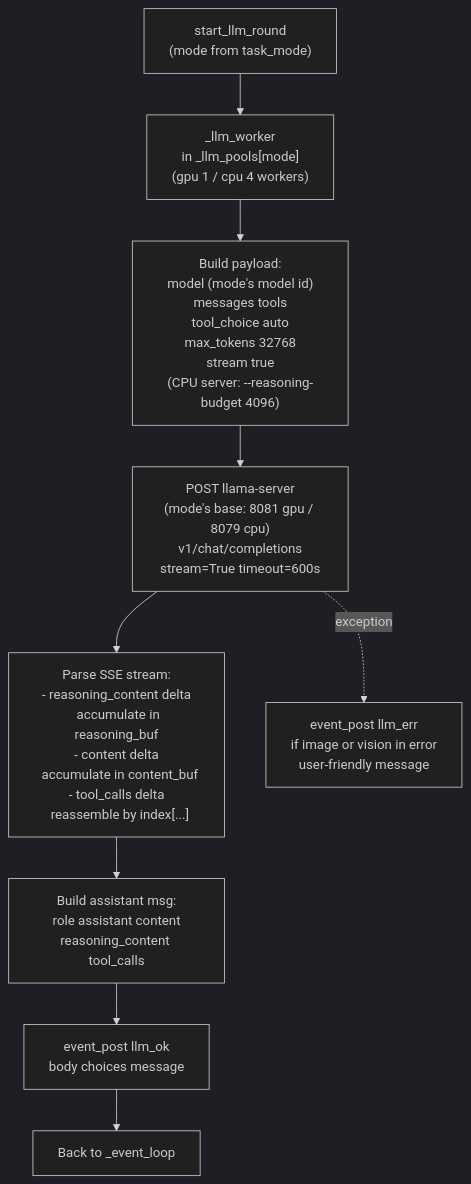
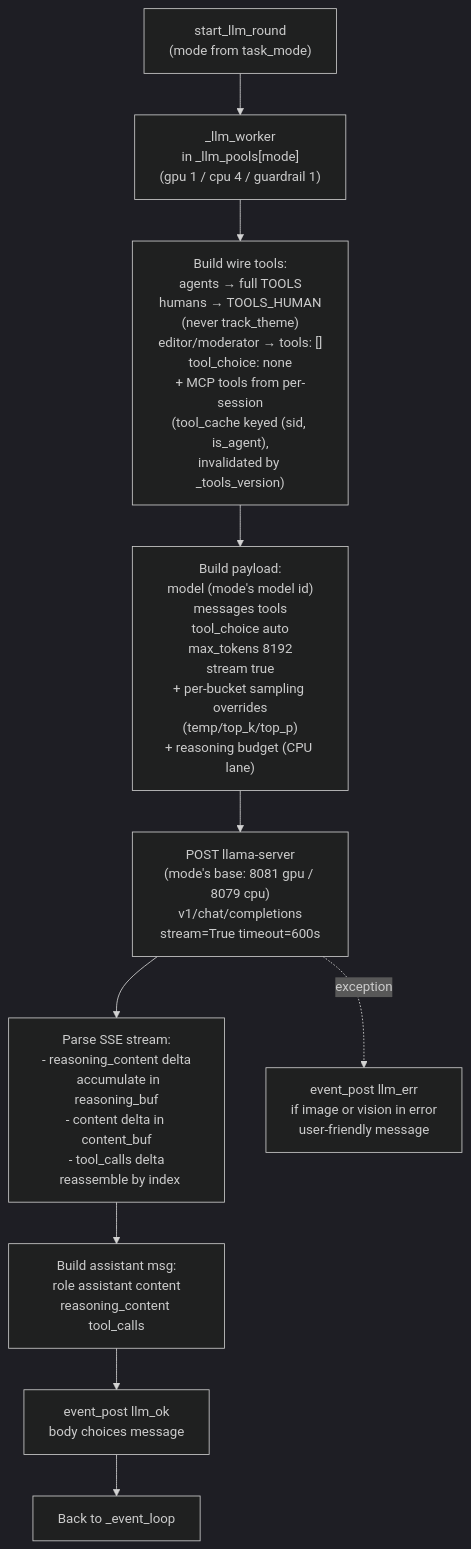
Before and after one commit to Palash90/local-ai: the tenth of 12 diagrams in README.md, drawn with Mermaid (dark theme). The commit also changed other lines of this file and 8 other files, not shown here.

````diff
--- a/README.md
+++ b/README.md
@@ -511,12 +566,13 @@
 ```mermaid
 graph TD
-    StartRound0["start_llm_round\n(mode from task_mode)"] --> LLMWorker["_llm_worker\nin _llm_pools[mode]\n(gpu 1 / cpu 4 workers)"]
-    LLMWorker --> PayloadBuild["Build payload:\nmodel (mode's model id)\nmessages tools\ntool_choice auto\nmax_tokens 32768\nstream true\n(CPU server: --reasoning-budget 4096)"]
+    StartRound0["start_llm_round\n(mode from task_mode)"] --> LLMWorker["_llm_worker\nin _llm_pools[mode]\n(gpu 1 / cpu 4 / guardrail 1)"]
+    LLMWorker --> ToolsBuild["Build wire tools:\nagents → full TOOLS\nhumans → TOOLS_HUMAN\n(never track_theme)\neditor/moderator → tools: []\ntool_choice: none\n+ MCP tools from per-session\n(tool_cache keyed (sid, is_agent),\ninvalidated by _tools_version)"]
+    ToolsBuild --> PayloadBuild["Build payload:\nmodel (mode's model id)\nmessages tools\ntool_choice auto\nmax_tokens 8192\nstream true\n+ per-bucket sampling overrides\n(temp/top_k/top_p)\n+ reasoning budget (CPU lane)"]
     PayloadBuild --> StreamReq["POST llama-server\n(mode's base: 8081 gpu / 8079 cpu)\nv1/chat/completions\nstream=True timeout=600s"]
-    StreamReq --> StreamParse["Parse SSE stream:\n- reasoning_content delta\n  accumulate in reasoning_buf\n- content delta\n  accumulate in content_buf\n- tool_calls delta\n  reassemble by index[...]" ]
+    StreamReq --> StreamParse["Parse SSE stream:\n- reasoning_content delta\n  accumulate in reasoning_buf\n- content delta in content_buf\n- tool_calls delta\n  reassemble by index"]
     StreamParse --> BuildAssistantMsg["Build assistant msg:\nrole assistant content\nreasoning_content tool_calls"]
     BuildAssistantMsg --> LLMOKPost["event_post llm_ok\nbody choices message"]
     LLMOKPost --> EvLoop["Back to _event_loop"]
 
     StreamReq -. "exception" .-> LLMException["event_post llm_err\nif image or vision in error\nuser-friendly message"]
 ```
````
